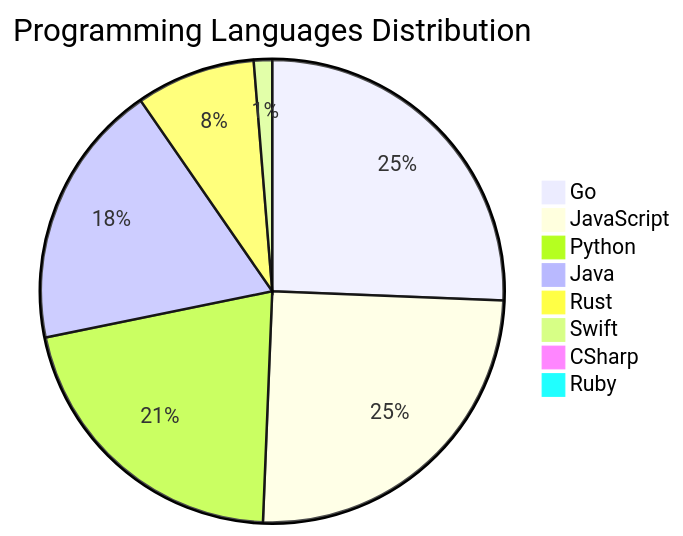
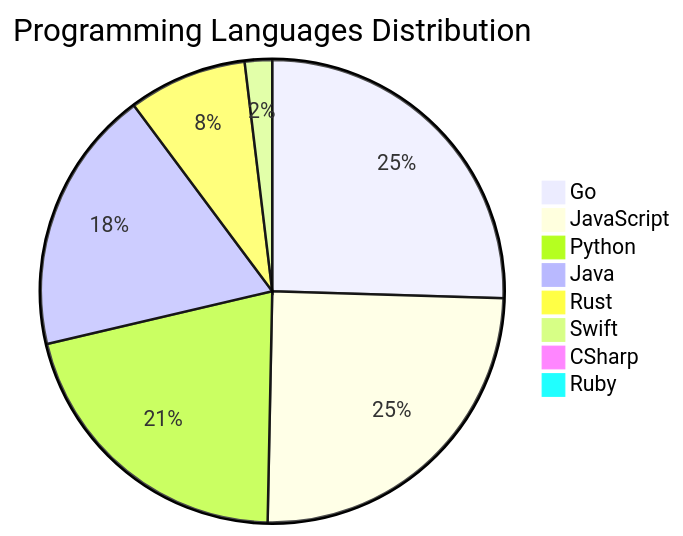
One commit to Derrick-MUGISHA/github-activity-bot changed the diagram in README.md. Above: the diagram before and after it, drawn with Mermaid. The commit also changed other lines of this file and 4 other files, not shown here.

````diff
--- a/README.md
+++ b/README.md
@@ -208,11 +208,11 @@
 ```mermaid
 pie title Programming Languages Distribution
     "Go" : 40
     "JavaScript" : 39
     "Python" : 33
     "Java" : 29
     "Rust" : 13
-    "Swift" : 2
+    "Swift" : 3
     "CSharp" : 1
     "Ruby" : 1
 ```
````
